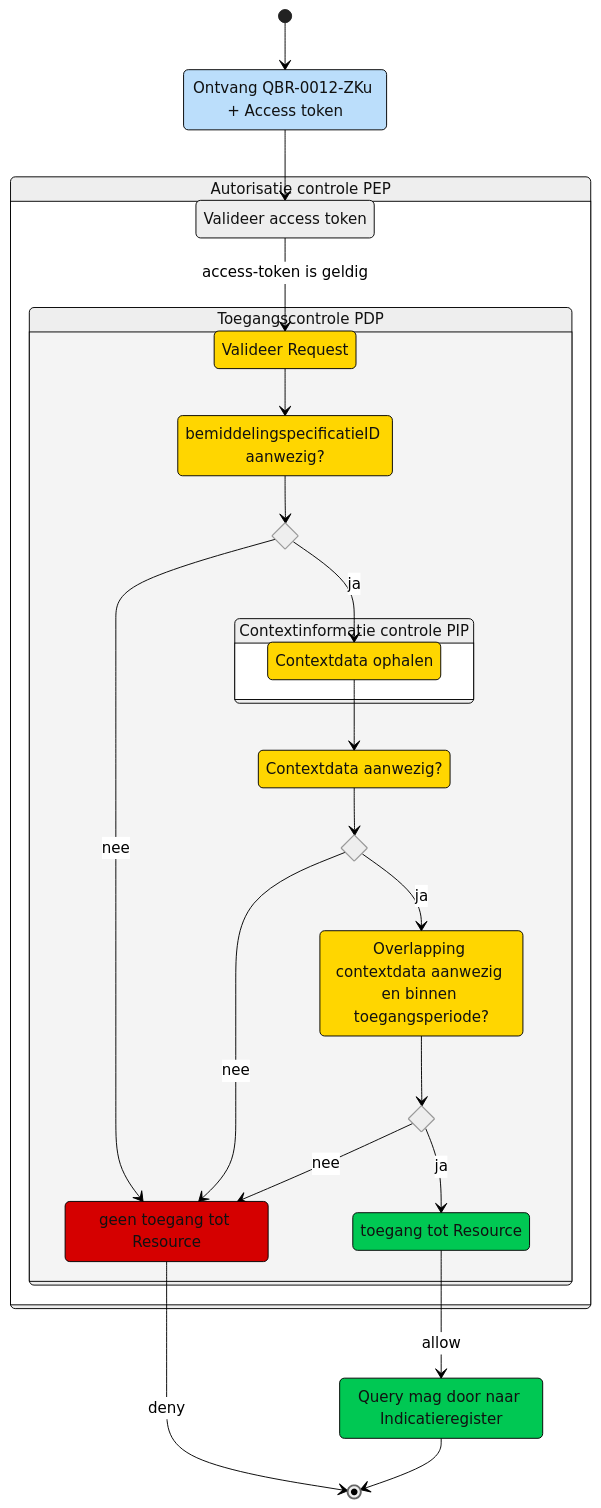
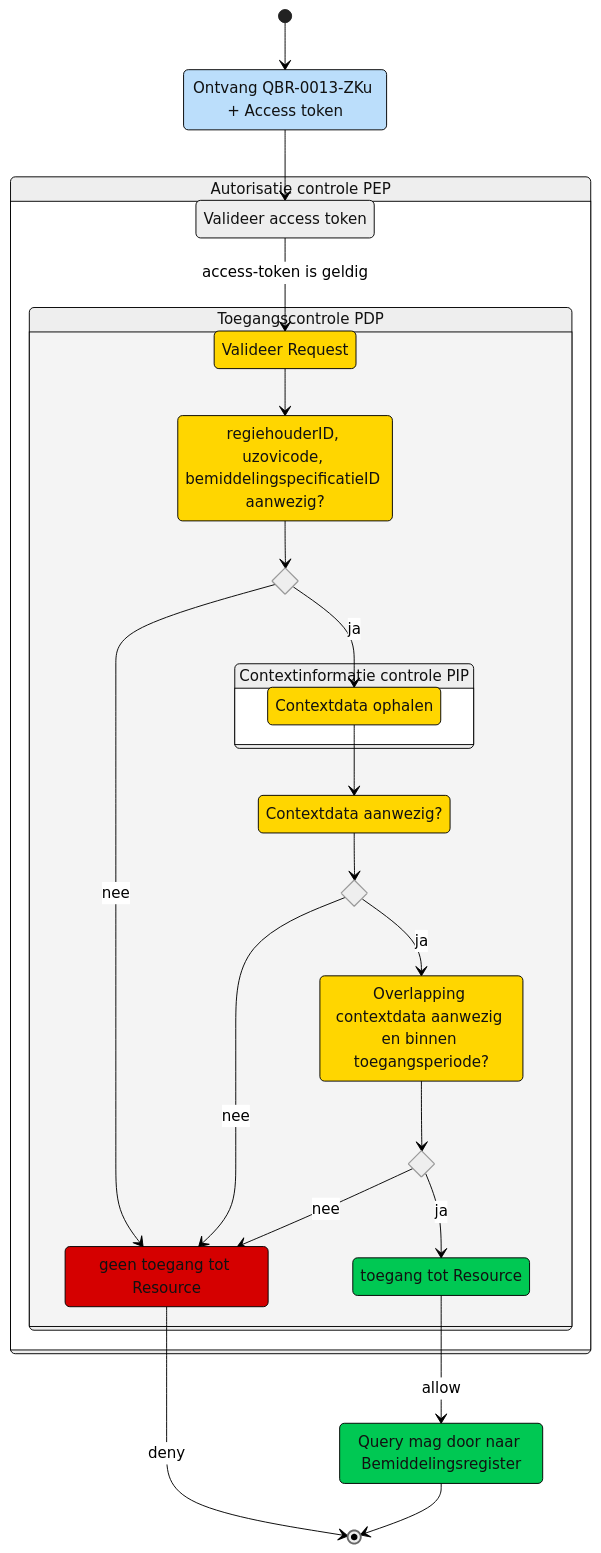
Before and after one commit to iStandaarden/iWlz-bemiddeling: the diagram in raadplegen/zorgkantoor/UCBR-0013-toegangscontrole.md, drawn with Mermaid. The commit also changed other lines of this file and 2 other files, not shown here.

Commit message:
query regiehouder toegevoegd

````diff
--- a/raadplegen/zorgkantoor/UCBR-0013-toegangscontrole.md
+++ b/raadplegen/zorgkantoor/UCBR-0013-toegangscontrole.md
@@ -114,64 +118,64 @@
 ```mermaid
 ---
 config:
   theme: neutral
   look: classic
 ---
 stateDiagram
   direction TB
   [*] -->  indienen
   indienen --> validerenT
   state PEP {
     direction TB
 
     validerenT --> validerenR: access-token is geldig
     state PDP {
     validerenR --> checkInput01
     state check01 <<choice>>
     checkInput01 --> check01
 
     check01 --> checkInput02:ja
     check01 --> error:nee
     state PIP {
         checkInput02 --> checkInput03
         }
     state check02 <<choice>>
     state check03 <<choice>>
     
     checkInput03 --> check02
         
         check02 --> error:nee
         check02 --> checkOVerlap:ja           
     checkOVerlap --> check03
     check03 --> access:ja
     check03 --> error:nee
     checkInput03
     error
     access
     }
 
   }
 
   error --> [*]: deny
   access --> resource: allow
   resource --> [*]
   
   PEP:Autorisatie controle PEP
   PDP:Toegangscontrole PDP
   PIP:Contextinformatie controle PIP
-  indienen: Ontvang QBR-0012-ZKu + Access token
+  indienen: Ontvang QBR-0013-ZKu + Access token
   validerenT: Valideer access token
   validerenR: Valideer Request
-  checkInput01:bemiddelingspecificatieID aanwezig?
+  checkInput01:regiehouderID, uzovicode, bemiddelingspecificatieID aanwezig?
   checkInput02:Contextdata ophalen
   checkInput03:Contextdata aanwezig?
   checkOVerlap:Overlapping contextdata aanwezig en binnen toegangsperiode?
   error:geen toegang tot Resource
 
   access:toegang tot Resource
-  resource: Query mag door naar Indicatieregister
+  resource: Query mag door naar Bemiddelingsregister
   style validerenR,checkInput01,checkInput02,checkInput03,checkOVerlap fill:#FFD600
   style error fill:#D50000
   style access,Query,resource fill:#00C853
   style indienen fill:#BBDEFB,color:none
 ```
````
